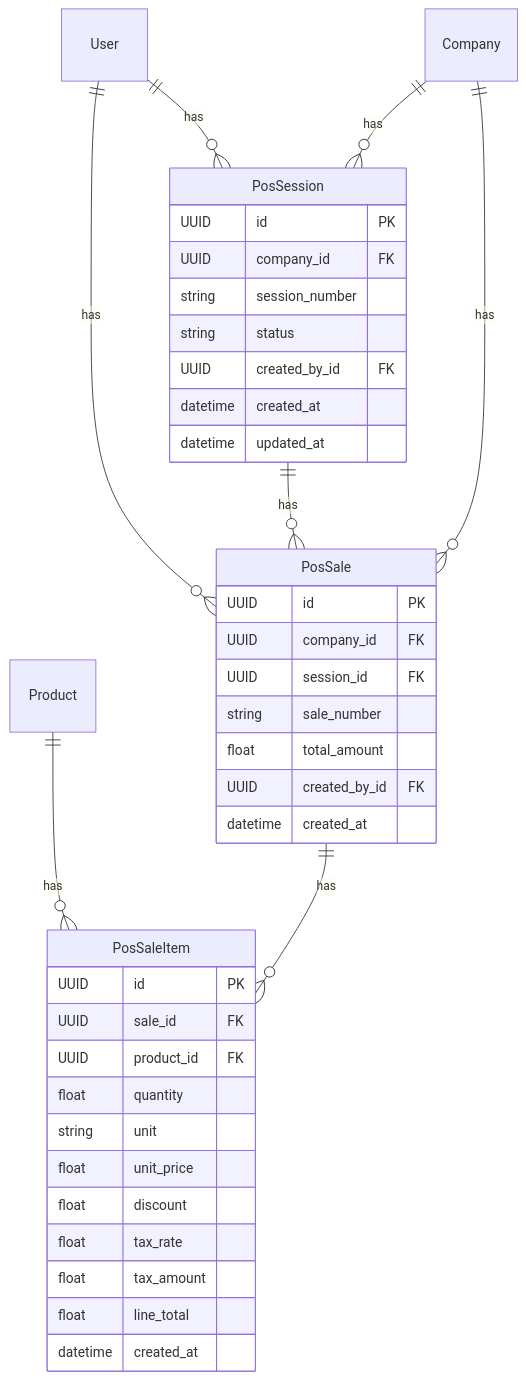
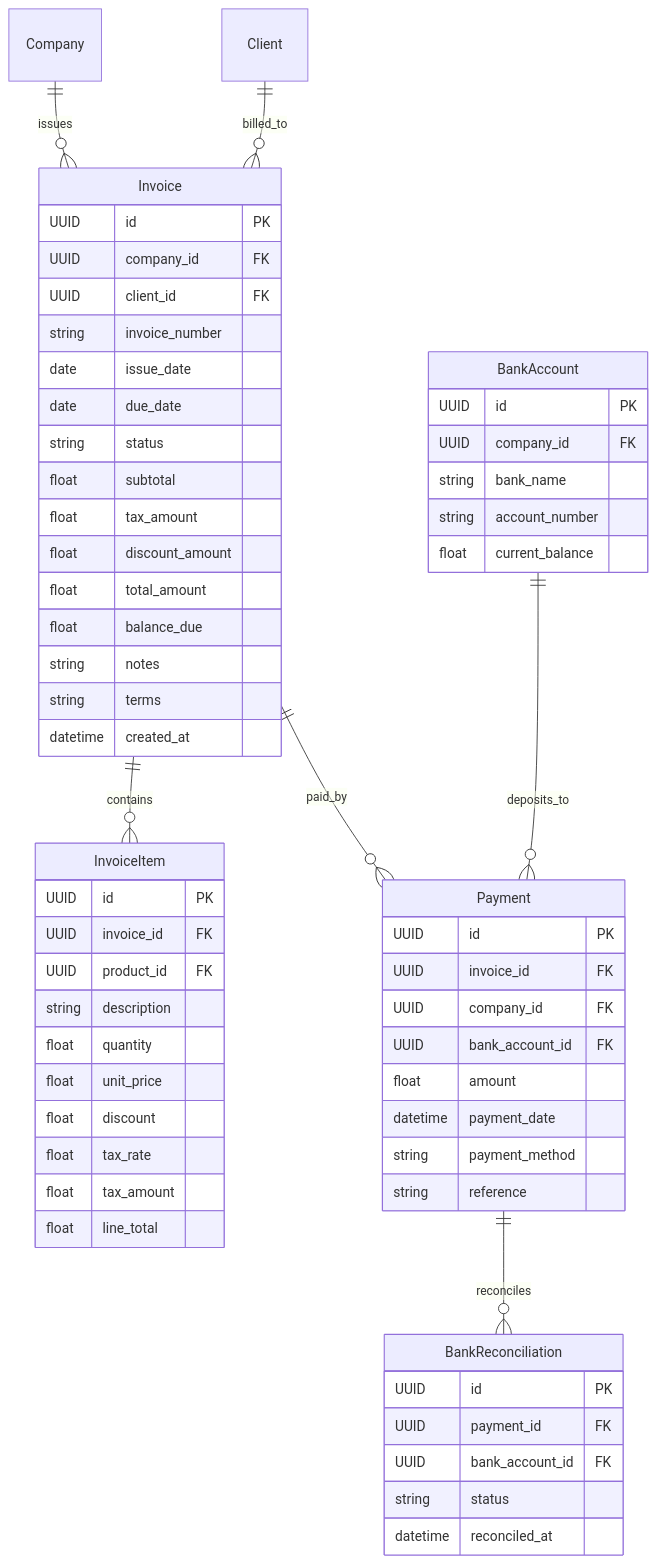
Before and after one commit to ArimasHolding/TadbirAI: the sixth of 10 diagrams in SAD_and_SDD.md, drawn with Mermaid. The commit also changed other lines of this file and 7 other files, not shown here.

````diff
--- a/SAD_and_SDD.md
+++ b/SAD_and_SDD.md
@@ -782,42 +357,63 @@
 ```mermaid
 erDiagram
-    PosSession {
+    Invoice {
         UUID id PK
         UUID company_id FK
-        string session_number
+        UUID client_id FK
+        string invoice_number
+        date issue_date
+        date due_date
         string status
-        UUID created_by_id FK
-        datetime created_at
-        datetime updated_at
-    }
-    PosSale {
-        UUID id PK
-        UUID company_id FK
-        UUID session_id FK
-        string sale_number
+        float subtotal
+        float tax_amount
+        float discount_amount
         float total_amount
-        UUID created_by_id FK
+        float balance_due
+        string notes
+        string terms
         datetime created_at
     }
-    PosSaleItem {
+    InvoiceItem {
         UUID id PK
-        UUID sale_id FK
+        UUID invoice_id FK
         UUID product_id FK
+        string description
         float quantity
-        string unit
         float unit_price
         float discount
         float tax_rate
         float tax_amount
         float line_total
-        datetime created_at
+    }
+    Payment {
+        UUID id PK
+        UUID invoice_id FK
+        UUID company_id FK
+        UUID bank_account_id FK
+        float amount
+        datetime payment_date
+        string payment_method
+        string reference
+    }
+    BankAccount {
+        UUID id PK
+        UUID company_id FK
+        string bank_name
+        string account_number
+        float current_balance
+    }
+    BankReconciliation {
+        UUID id PK
+        UUID payment_id FK
+        UUID bank_account_id FK
+        string status
+        datetime reconciled_at
     }
 
-    User ||--o{ PosSession : has
-    User ||--o{ PosSale : has
-    PosSession ||--o{ PosSale : has
-    Product ||--o{ PosSaleItem : has
-    PosSale ||--o{ PosSaleItem : has
-    Company ||--o{ PosSession : has
-    Company ||--o{ PosSale : has
+    Company ||--o{ Invoice : issues
+    Client ||--o{ Invoice : billed_to
+    Invoice ||--o{ InvoiceItem : contains
+    Invoice ||--o{ Payment : paid_by
+    BankAccount ||--o{ Payment : deposits_to
+    Payment ||--o{ BankReconciliation : reconciles
 ```
````
